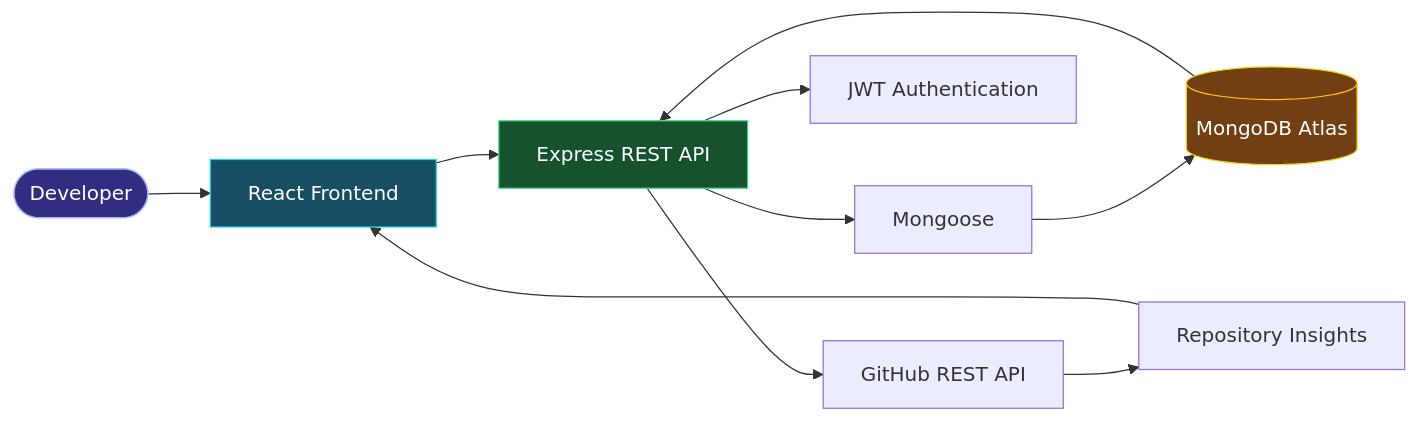
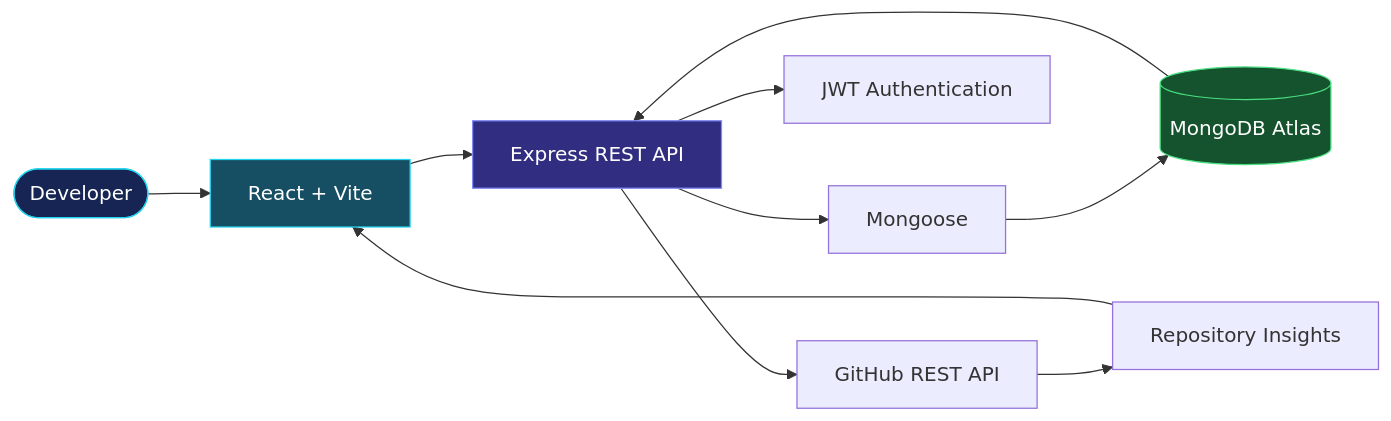
The diagram in README.md (Priyanka170974/Priyanka170974), drawn with Mermaid before and after one commit. The commit also changed other lines of this file, not shown here.

````diff
--- a/README.md
+++ b/README.md
@@ -173,17 +184,17 @@
 ```mermaid
 flowchart LR
-    U([Developer]) --> UI[React Frontend]
+    USER([Developer]) --> UI[React + Vite]
     UI --> API[Express REST API]
     API --> GH[GitHub REST API]
     API --> AUTH[JWT Authentication]
-    API --> DB[Mongoose]
-    DB --> M[(MongoDB Atlas)]
+    API --> ODM[Mongoose]
+    ODM --> DB[(MongoDB Atlas)]
     GH --> DATA[Repository Insights]
-    M --> API
+    DB --> API
     DATA --> UI
 
-    style U fill:#312e81,color:#fff,stroke:#a5b4fc
+    style USER fill:#172554,color:#fff,stroke:#22d3ee
     style UI fill:#164e63,color:#fff,stroke:#22d3ee
-    style API fill:#14532d,color:#fff,stroke:#4ade80
-    style M fill:#713f12,color:#fff,stroke:#facc15
+    style API fill:#312e81,color:#fff,stroke:#818cf8
+    style DB fill:#14532d,color:#fff,stroke:#4ade80
 ```
````
